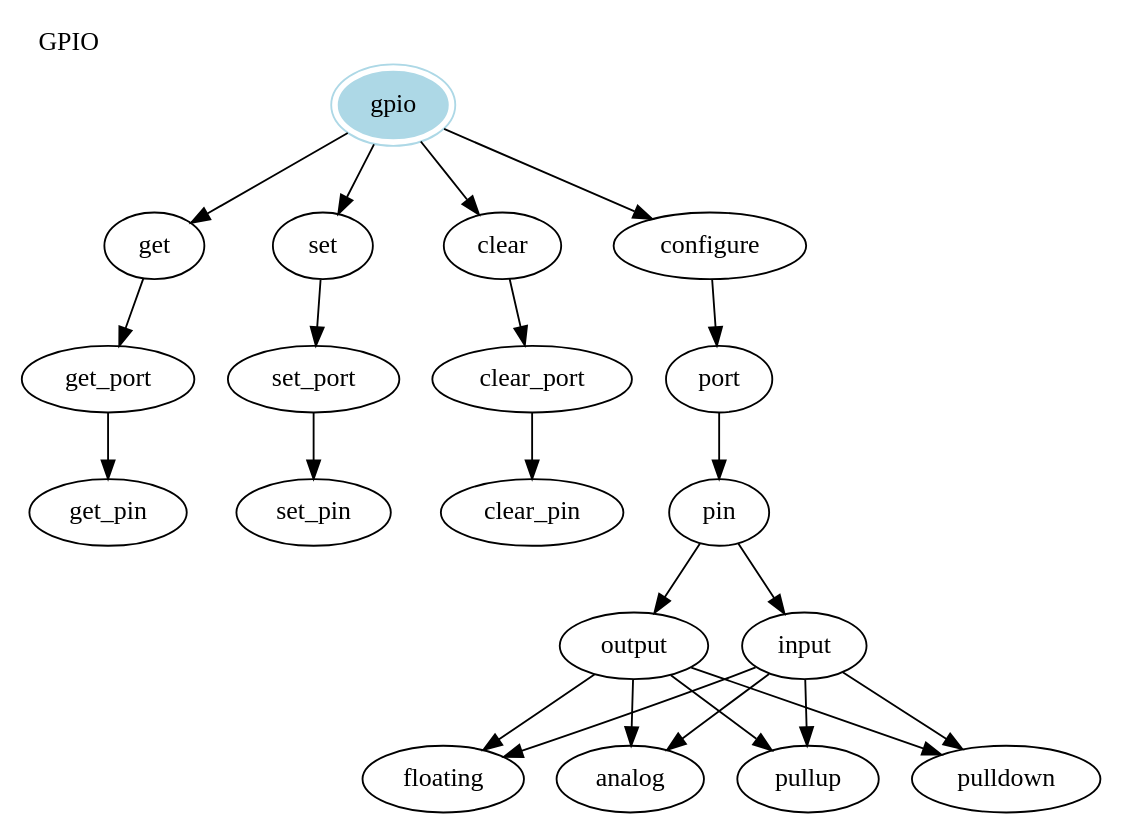
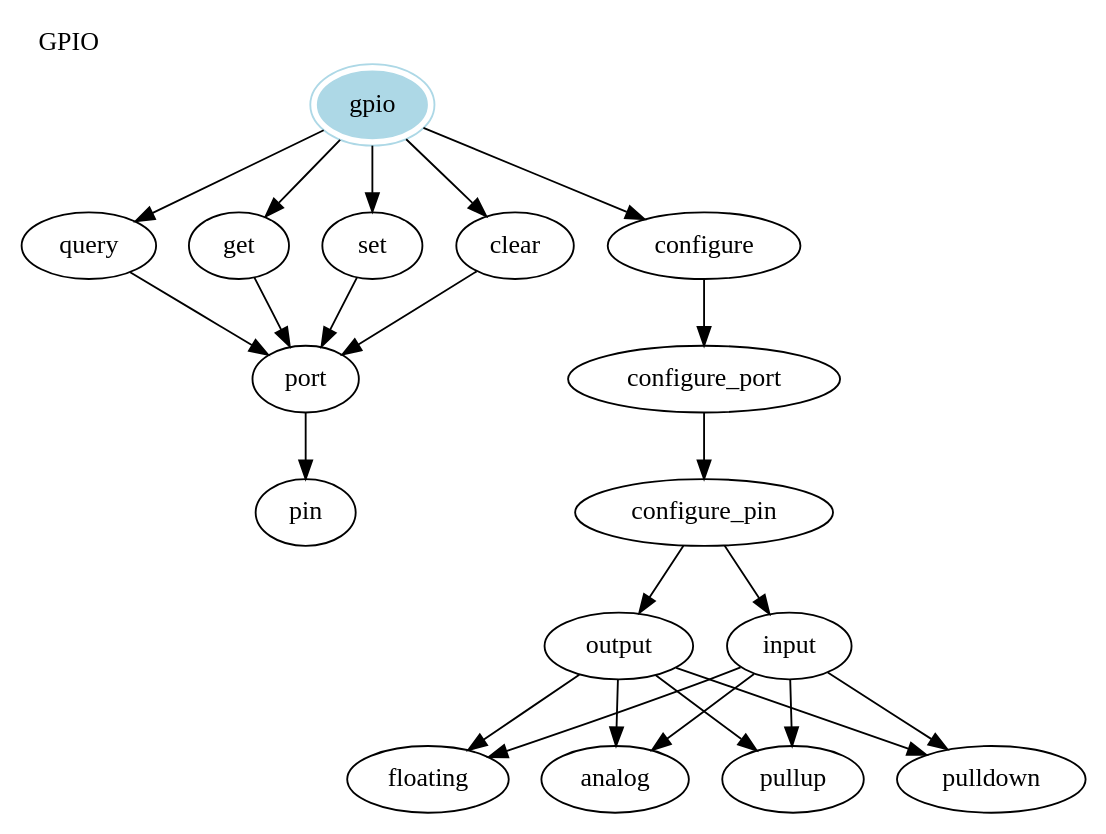
One commit to marionette-daq/marionette-firmware changed the diagram in Doc/fetch_gpio.dot. Above: the diagram before and after it, drawn with Graphviz. The commit also changed 16 other files, not shown here.

Commit message:
query command documentation and all modules now use io_manage functions for port configuration.

```diff
--- a/Doc/fetch_gpio.dot
+++ b/Doc/fetch_gpio.dot
@@ -1,30 +1,30 @@
 digraph Fetch {
         graph [fontname="lucidasans-bold-14"];
         node [fontname="lucidasans-bold-14"];
 	gpio   -> get;
 	gpio   -> set;
 	gpio   -> clear;
+	gpio   -> query;
 	gpio   -> configure;
-	clear -> clear_port;
-	clear_port -> clear_pin;
-	get -> get_port;
-	get_port -> get_pin;
-	set -> set_port;
-	set_port -> set_pin;
-	configure -> port;
-	port -> pin;
-	pin -> output;	
-	pin -> input;	
+	clear  -> port;
+	get    -> port;
+	set    -> port;
+	query  -> port;
+	port   -> pin;
+	configure -> configure_port;
+	configure_port -> configure_pin;
+	configure_pin -> output;	
+	configure_pin -> input;	
 	output -> pullup;
 	output -> pulldown;
 	output -> floating;
 	output -> analog;
 	input -> pullup;
 	input -> pulldown;
 	input -> floating;
 	input -> analog;
 	gpio [color=lightblue, peripheries=2, style=filled];
 	label="GPIO"
   	labelloc=top;
   	labeljust=left;
 }
```
